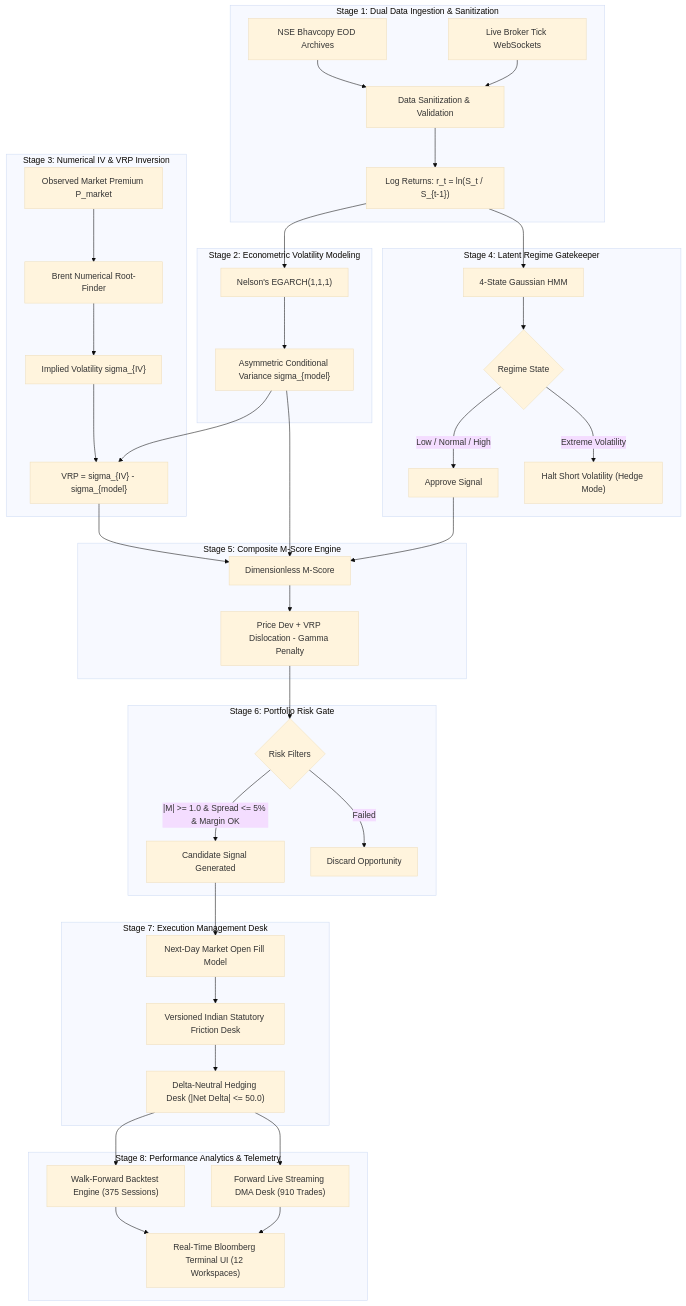
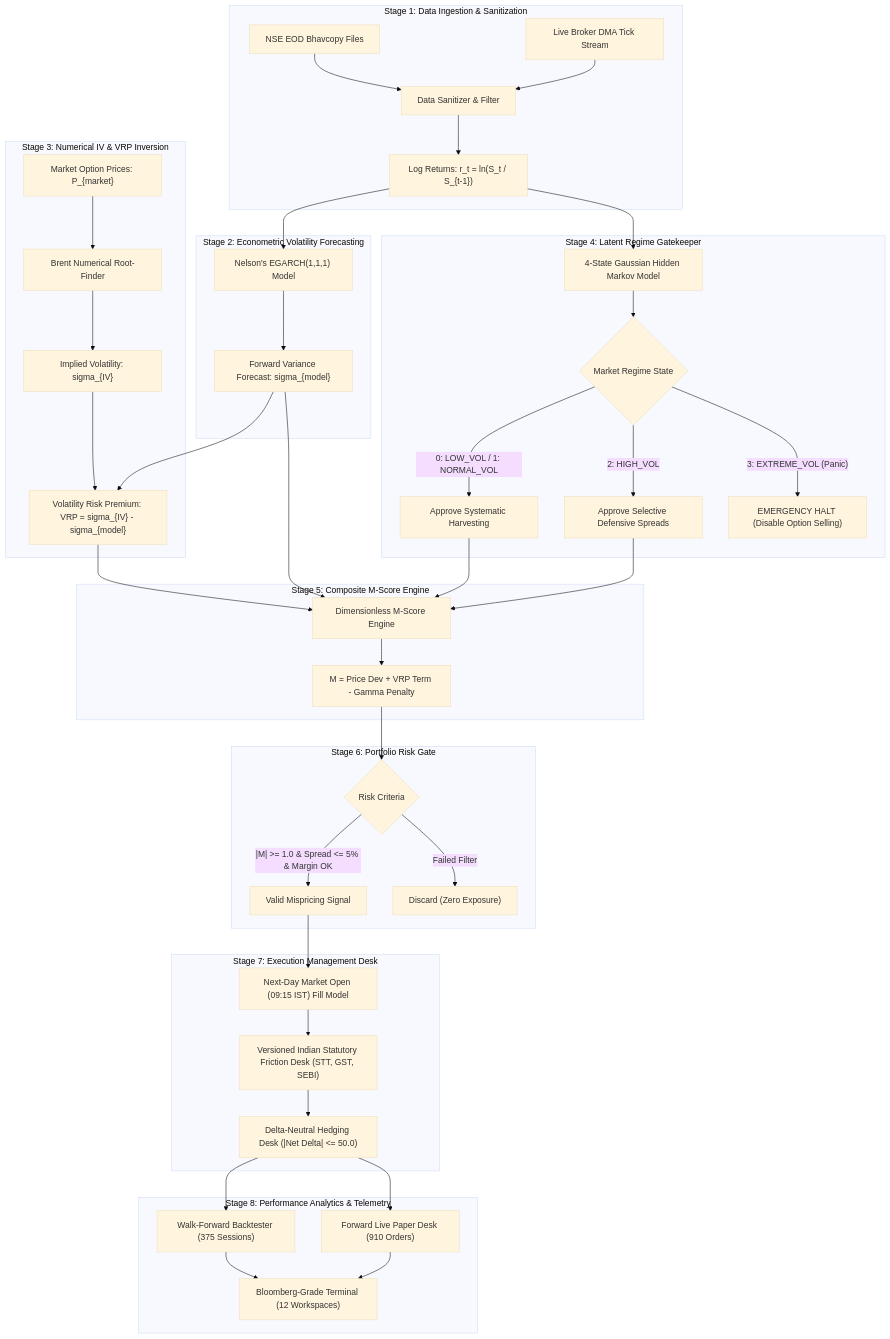
Before and after one commit to shaueyakitawat/MajorProject: the diagram in README.md, drawn with Mermaid (base theme). The commit also changed other lines of this file, not shown here.

Commit message:
docs: enhance README with intuitive kid-friendly primer, deep-dive architecture, and comprehensive technical detailing

````diff
--- a/README.md
+++ b/README.md
@@ -58,49 +120,50 @@
 ```mermaid
 flowchart TD
-    subgraph S1["Stage 1: Dual Data Ingestion & Sanitization"]
-        A1["NSE Bhavcopy EOD Archives"] --> B1["Data Sanitization & Validation"]
-        A2["Live Broker Tick WebSockets"] --> B1
+    subgraph STAGE1["Stage 1: Data Ingestion & Sanitization"]
+        A1["NSE EOD Bhavcopy Files"] --> B1["Data Sanitizer & Filter"]
+        A2["Live Broker DMA Tick Stream"] --> B1
         B1 --> C1["Log Returns: r_t = ln(S_t / S_{t-1})"]
     end
 
-    subgraph S2["Stage 2: Econometric Volatility Modeling"]
-        C1 --> D1["Nelson's EGARCH(1,1,1)"]
-        D1 --> E1["Asymmetric Conditional Variance sigma_{model}"]
+    subgraph STAGE2["Stage 2: Econometric Volatility Forecasting"]
+        C1 --> D1["Nelson's EGARCH(1,1,1) Model"]
+        D1 --> E1["Forward Variance Forecast: sigma_{model}"]
     end
 
-    subgraph S3["Stage 3: Numerical IV & VRP Inversion"]
-        F1["Observed Market Premium P_market"] --> G1["Brent Numerical Root-Finder"]
-        G1 --> H1["Implied Volatility sigma_{IV}"]
-        E1 & H1 --> I1["VRP = sigma_{IV} - sigma_{model}"]
+    subgraph STAGE3["Stage 3: Numerical IV & VRP Inversion"]
+        F1["Market Option Prices: P_{market}"] --> G1["Brent Numerical Root-Finder"]
+        G1 --> H1["Implied Volatility: sigma_{IV}"]
+        E1 & H1 --> I1["Volatility Risk Premium: VRP = sigma_{IV} - sigma_{model}"]
     end
 
-    subgraph S4["Stage 4: Latent Regime Gatekeeper"]
-        C1 --> J1["4-State Gaussian HMM"]
-        J1 --> K1{"Regime State"}
-        K1 -- "Low / Normal / High" --> L1["Approve Signal"]
-        K1 -- "Extreme Volatility" --> M1["Halt Short Volatility (Hedge Mode)"]
+    subgraph STAGE4["Stage 4: Latent Regime Gatekeeper"]
+        C1 --> J1["4-State Gaussian Hidden Markov Model"]
+        J1 --> K1{"Market Regime State"}
+        K1 -- "0: LOW_VOL / 1: NORMAL_VOL" --> L1["Approve Systematic Harvesting"]
+        K1 -- "2: HIGH_VOL" --> L2["Approve Selective Defensive Spreads"]
+        K1 -- "3: EXTREME_VOL (Panic)" --> M1["EMERGENCY HALT (Disable Option Selling)"]
     end
 
-    subgraph S5["Stage 5: Composite M-Score Engine"]
-        E1 & I1 & L1 --> N1["Dimensionless M-Score"]
-        N1 --> O1["Price Dev + VRP Dislocation - Gamma Penalty"]
+    subgraph STAGE5["Stage 5: Composite M-Score Engine"]
+        E1 & I1 & L1 & L2 --> N1["Dimensionless M-Score Engine"]
+        N1 --> O1["M = Price Dev + VRP Term - Gamma Penalty"]
     end
 
-    subgraph S6["Stage 6: Portfolio Risk Gate"]
-        O1 --> P1{"Risk Filters"}
-        P1 -- "|M| >= 1.0 & Spread <= 5% & Margin OK" --> Q1["Candidate Signal Generated"]
-        P1 -- "Failed" --> R1["Discard Opportunity"]
+    subgraph STAGE6["Stage 6: Portfolio Risk Gate"]
+        O1 --> P1{"Risk Criteria"}
+        P1 -- "|M| >= 1.0 & Spread <= 5% & Margin OK" --> Q1["Valid Mispricing Signal"]
+        P1 -- "Failed Filter" --> R1["Discard (Zero Exposure)"]
     end
 
-    subgraph S7["Stage 7: Execution Management Desk"]
-        Q1 --> S71["Next-Day Market Open Fill Model"]
-        S71 --> T1["Versioned Indian Statutory Friction Desk"]
+    subgraph STAGE7["Stage 7: Execution Management Desk"]
+        Q1 --> S1["Next-Day Market Open (09:15 IST) Fill Model"]
+        S1 --> T1["Versioned Indian Statutory Friction Desk (STT, GST, SEBI)"]
         T1 --> U1["Delta-Neutral Hedging Desk (|Net Delta| <= 50.0)"]
     end
 
-    subgraph S8["Stage 8: Performance Analytics & Telemetry"]
-        U1 --> V1["Walk-Forward Backtest Engine (375 Sessions)"]
-        U1 --> W1["Forward Live Streaming DMA Desk (910 Trades)"]
-        V1 & W1 --> X1["Real-Time Bloomberg Terminal UI (12 Workspaces)"]
+    subgraph STAGE8["Stage 8: Performance Analytics & Telemetry"]
+        U1 --> V1["Walk-Forward Backtester (375 Sessions)"]
+        U1 --> W1["Forward Live Paper Desk (910 Orders)"]
+        V1 & W1 --> X1["Bloomberg-Grade Terminal (12 Workspaces)"]
     end
 ```
````
